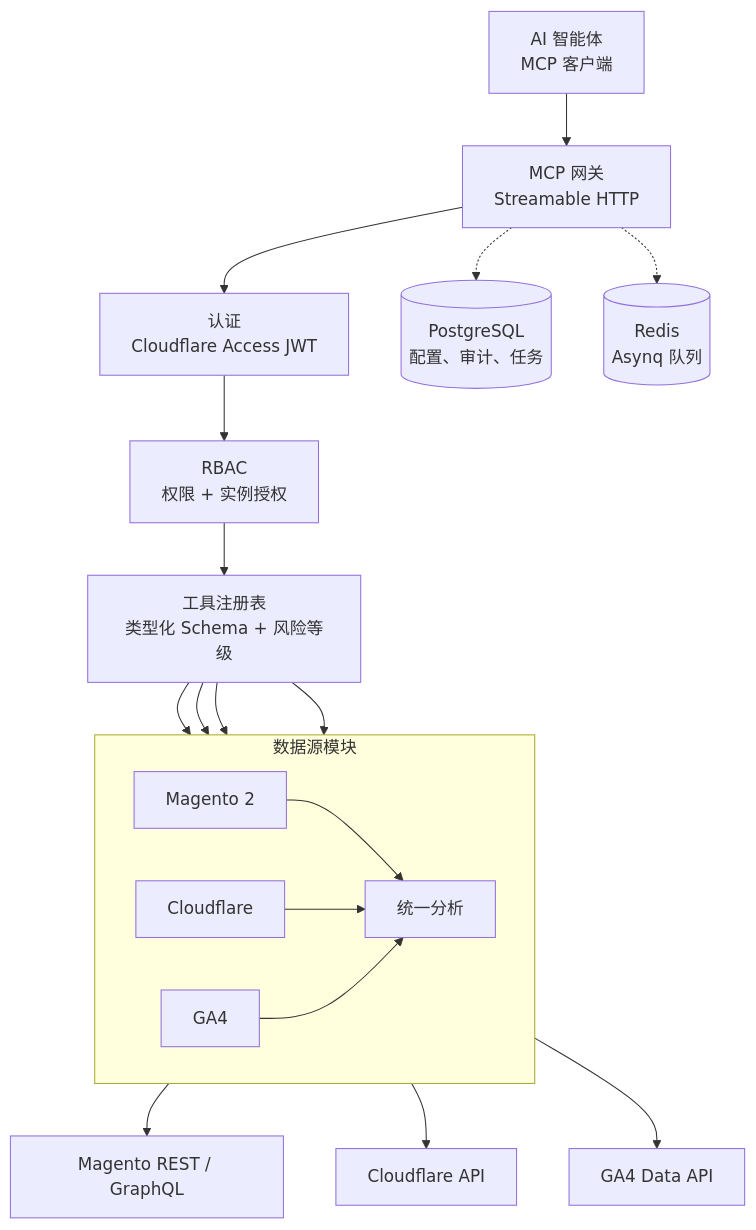
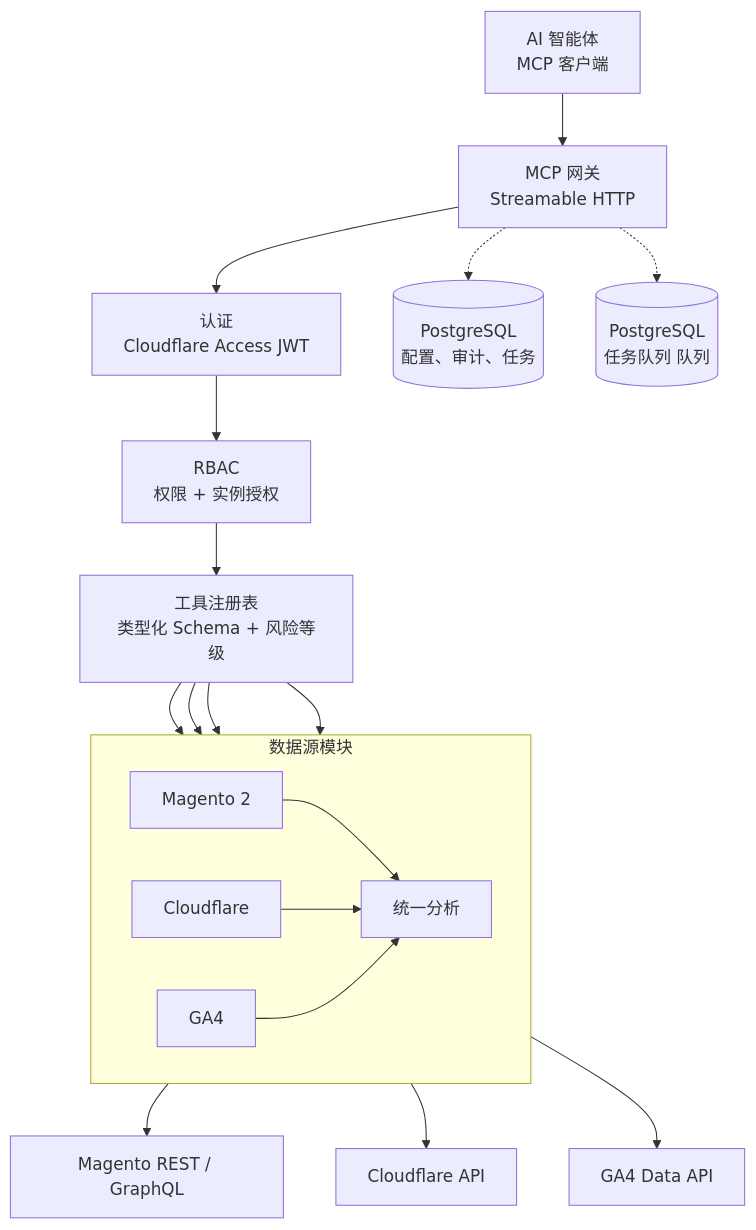
The diagram in README.zh-CN.md (shuaiZend/mage2mcp), drawn with Mermaid before and after one commit. The commit also changed other lines of this file and 25 other files, not shown here.

First line of the commit message:
feat: replace Redis/Asynq with a PostgreSQL job queue (#42)

````diff
--- a/README.zh-CN.md
+++ b/README.zh-CN.md
@@ -107,26 +108,26 @@
 ```mermaid
 flowchart TB
   agents["AI 智能体<br/>MCP 客户端"] --> gateway["MCP 网关<br/>Streamable HTTP"]
   gateway --> auth["认证<br/>Cloudflare Access JWT"]
   auth --> rbac["RBAC<br/>权限 + 实例授权"]
   rbac --> registry["工具注册表<br/>类型化 Schema + 风险等级"]
   subgraph modules["数据源模块"]
     direction LR
     magento["Magento 2"]
     cloudflare["Cloudflare"]
     ga4["GA4"]
     unified["统一分析"]
   end
   registry --> magento
   registry --> cloudflare
   registry --> ga4
   registry --> unified
   magento --> unified
   cloudflare --> unified
   ga4 --> unified
   magento --> mageapi["Magento REST / GraphQL"]
   cloudflare --> cfapi["Cloudflare API"]
   ga4 --> gaapi["GA4 Data API"]
   gateway -.-> pg[("PostgreSQL<br/>配置、审计、任务")]
-  gateway -.-> redis[("Redis<br/>Asynq 队列")]
+  gateway -.-> pgjobs[("PostgreSQL<br/>任务队列 队列")]
 ```
````
